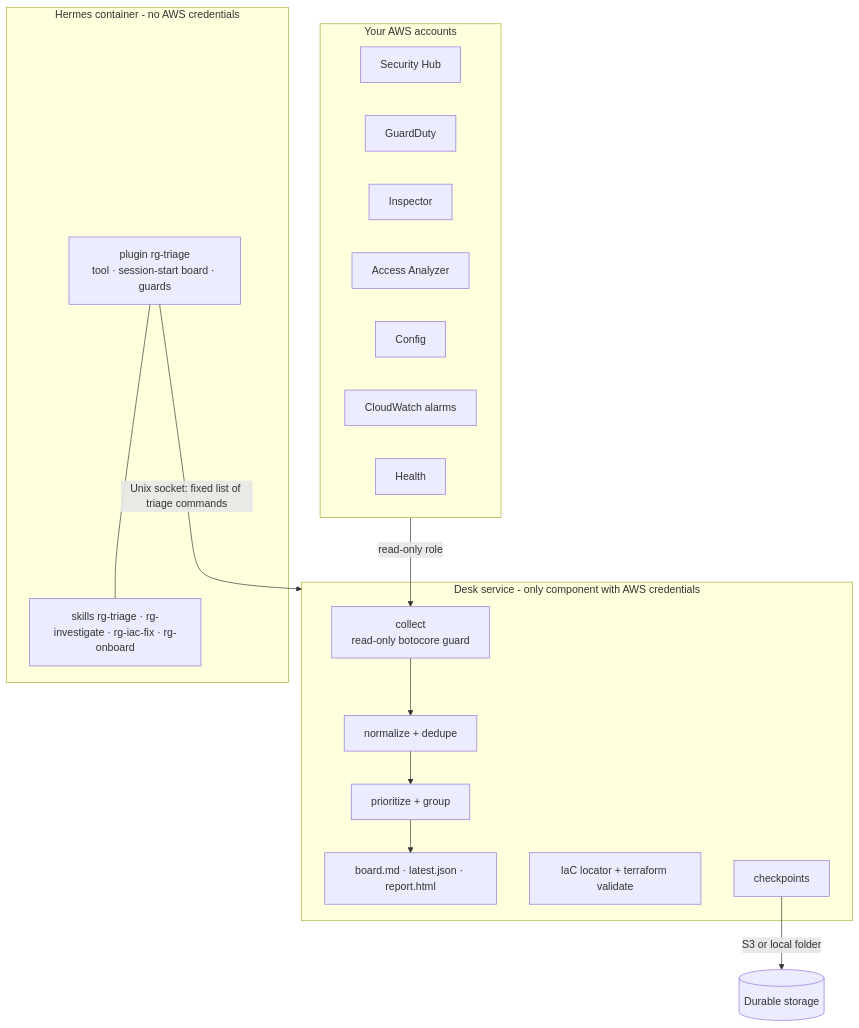
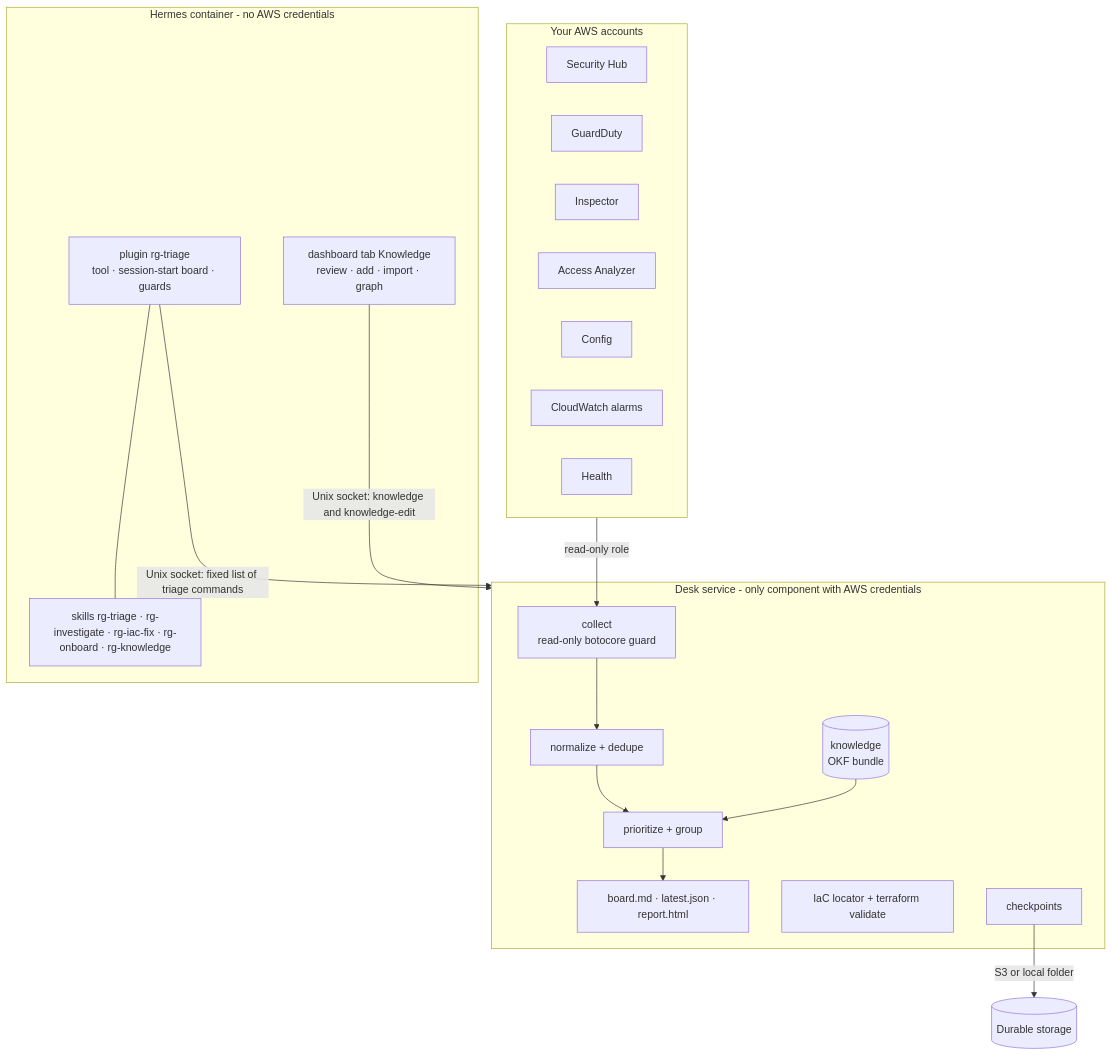
The diagram in docs/ARCHITECTURE.md (IaCGenius/RemediGenius), drawn with Mermaid before and after one commit. The commit also changed other lines of this file and 58 other files, not shown here.

````diff
--- a/docs/ARCHITECTURE.md
+++ b/docs/ARCHITECTURE.md
@@ -13,17 +14,20 @@
 ```mermaid
 flowchart TB
   subgraph AWS[Your AWS accounts]
     SH[Security Hub] & GD[GuardDuty] & IN[Inspector] & AA[Access Analyzer] & CF[Config] & CW[CloudWatch alarms] & HE[Health]
   end
   subgraph Desk[Desk service - only component with AWS credentials]
     C[collect<br/>read-only botocore guard] --> N[normalize + dedupe] --> P[prioritize + group] --> B[board.md · latest.json · report.html]
     L[IaC locator + terraform validate]
+    KB[(knowledge<br/>OKF bundle)] --> P
     K[checkpoints]
   end
   subgraph Agent[Hermes container - no AWS credentials]
-    PL[plugin rg-triage<br/>tool · session-start board · guards] --- SK[skills rg-triage · rg-investigate · rg-iac-fix · rg-onboard]
+    PL[plugin rg-triage<br/>tool · session-start board · guards] --- SK[skills rg-triage · rg-investigate · rg-iac-fix · rg-onboard · rg-knowledge]
+    KT[dashboard tab Knowledge<br/>review · add · import · graph]
   end
   AWS -- read-only role --> C
   PL -- Unix socket: fixed list of triage commands --> Desk
+  KT -- Unix socket: knowledge and knowledge-edit --> Desk
   K -- S3 or local folder --> D[(Durable storage)]
 ```
````
